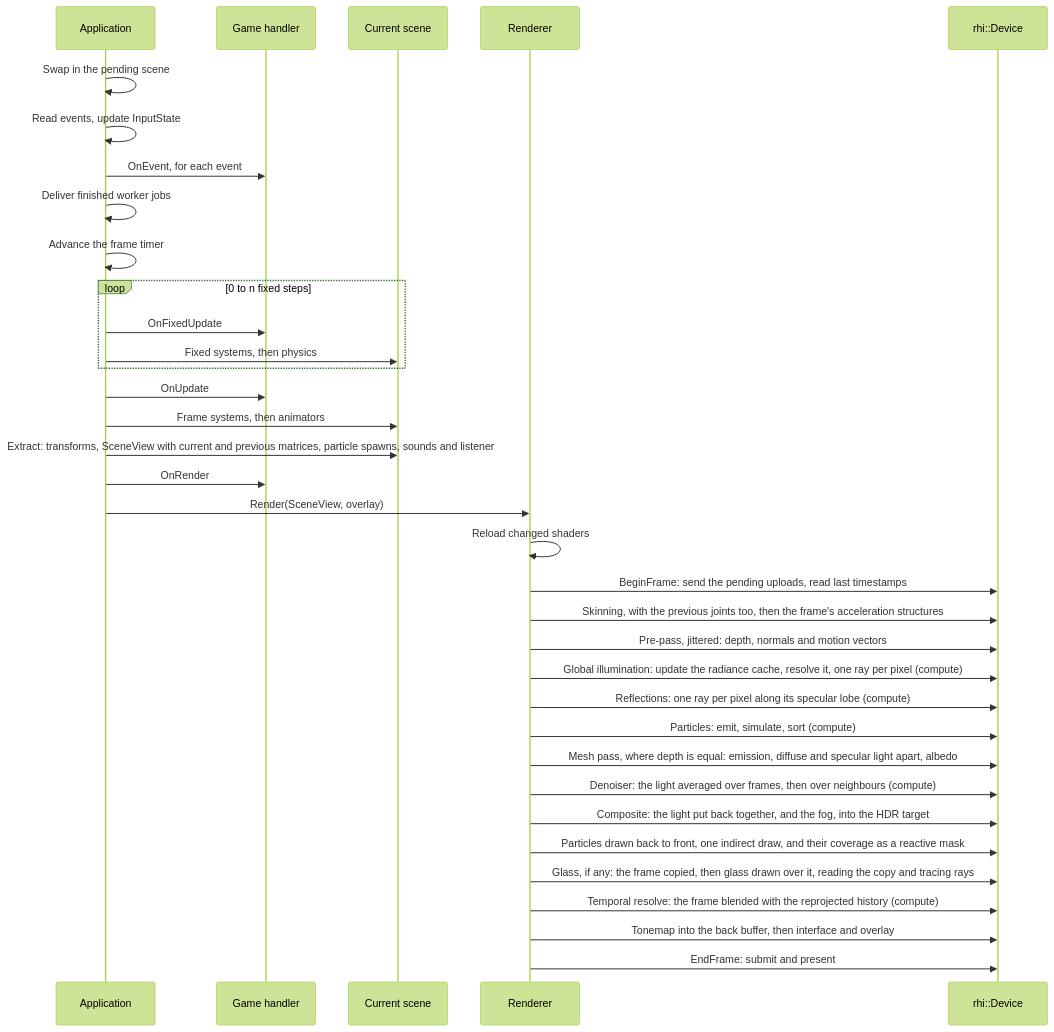
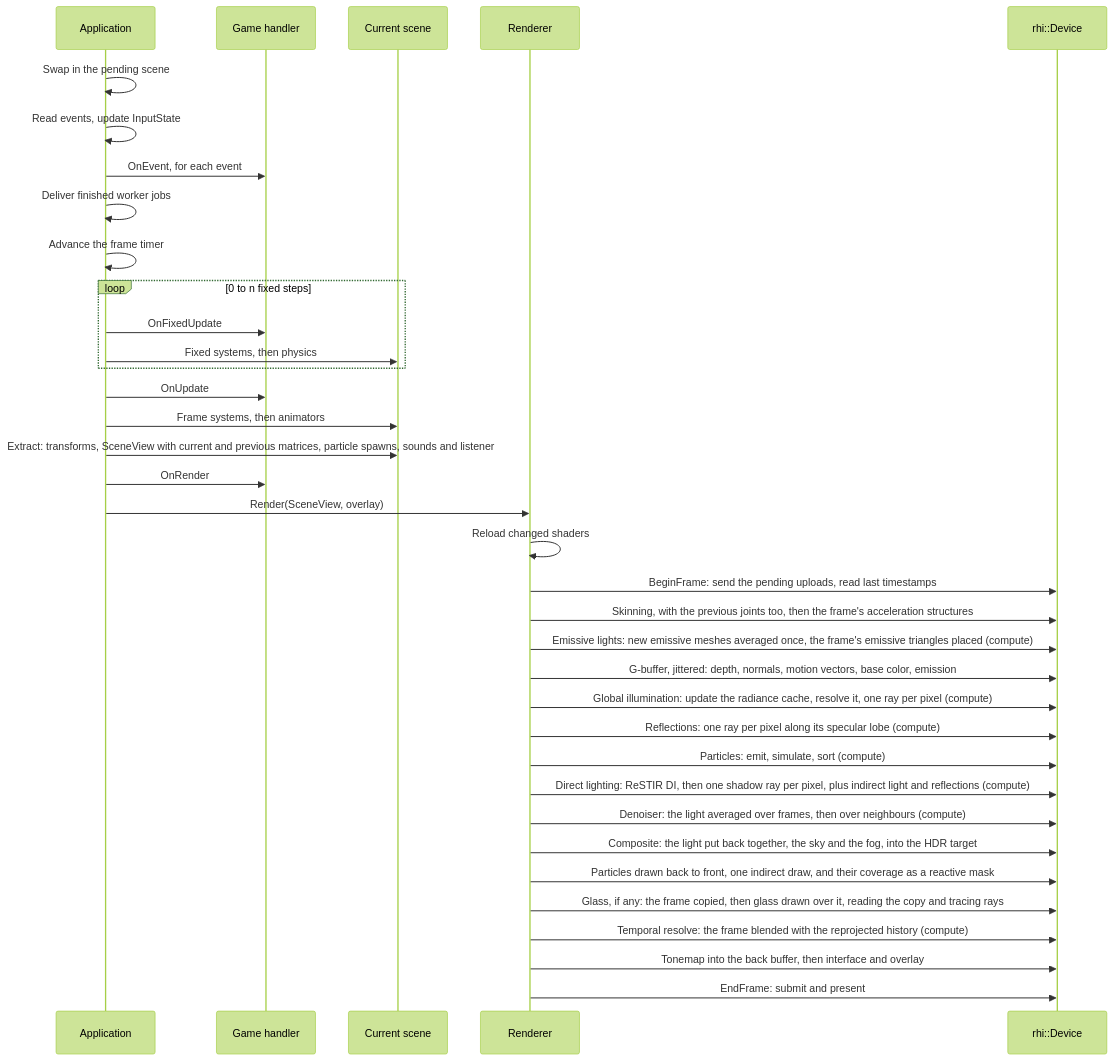
One commit to SBXdev3D/daidalos-engine-next changed the third of 12 diagrams in docs/ARCHITECTURE.md. Above: the diagram before and after it, drawn with Mermaid (forest theme). The commit also changed other lines of this file and 88 other files, not shown here.

First line of the commit message:
Phase 9.12: ReSTIR DI and deferred lighting (#35)

````diff
--- a/docs/ARCHITECTURE.md
+++ b/docs/ARCHITECTURE.md
@@ -67,38 +67,39 @@
 ```mermaid
 sequenceDiagram
     participant A as Application
     participant G as Game handler
     participant S as Current scene
     participant R as Renderer
     participant D as rhi::Device
 
     A->>A: Swap in the pending scene
     A->>A: Read events, update InputState
     A->>G: OnEvent, for each event
     A->>A: Deliver finished worker jobs
     A->>A: Advance the frame timer
     loop 0 to n fixed steps
         A->>G: OnFixedUpdate
         A->>S: Fixed systems, then physics
     end
     A->>G: OnUpdate
     A->>S: Frame systems, then animators
     A->>S: Extract: transforms, SceneView with current and previous matrices, particle spawns, sounds and listener
     A->>G: OnRender
     A->>R: Render(SceneView, overlay)
     R->>R: Reload changed shaders
     R->>D: BeginFrame: send the pending uploads, read last timestamps
     R->>D: Skinning, with the previous joints too, then the frame's acceleration structures
-    R->>D: Pre-pass, jittered: depth, normals and motion vectors
+    R->>D: Emissive lights: new emissive meshes averaged once, the frame's emissive triangles placed (compute)
+    R->>D: G-buffer, jittered: depth, normals, motion vectors, base color, emission
     R->>D: Global illumination: update the radiance cache, resolve it, one ray per pixel (compute)
     R->>D: Reflections: one ray per pixel along its specular lobe (compute)
     R->>D: Particles: emit, simulate, sort (compute)
-    R->>D: Mesh pass, where depth is equal: emission, diffuse and specular light apart, albedo
+    R->>D: Direct lighting: ReSTIR DI, then one shadow ray per pixel, plus indirect light and reflections (compute)
     R->>D: Denoiser: the light averaged over frames, then over neighbours (compute)
-    R->>D: Composite: the light put back together, and the fog, into the HDR target
+    R->>D: Composite: the light put back together, the sky and the fog, into the HDR target
     R->>D: Particles drawn back to front, one indirect draw, and their coverage as a reactive mask
     R->>D: Glass, if any: the frame copied, then glass drawn over it, reading the copy and tracing rays
     R->>D: Temporal resolve: the frame blended with the reprojected history (compute)
     R->>D: Tonemap into the back buffer, then interface and overlay
     R->>D: EndFrame: submit and present
 ```
````
